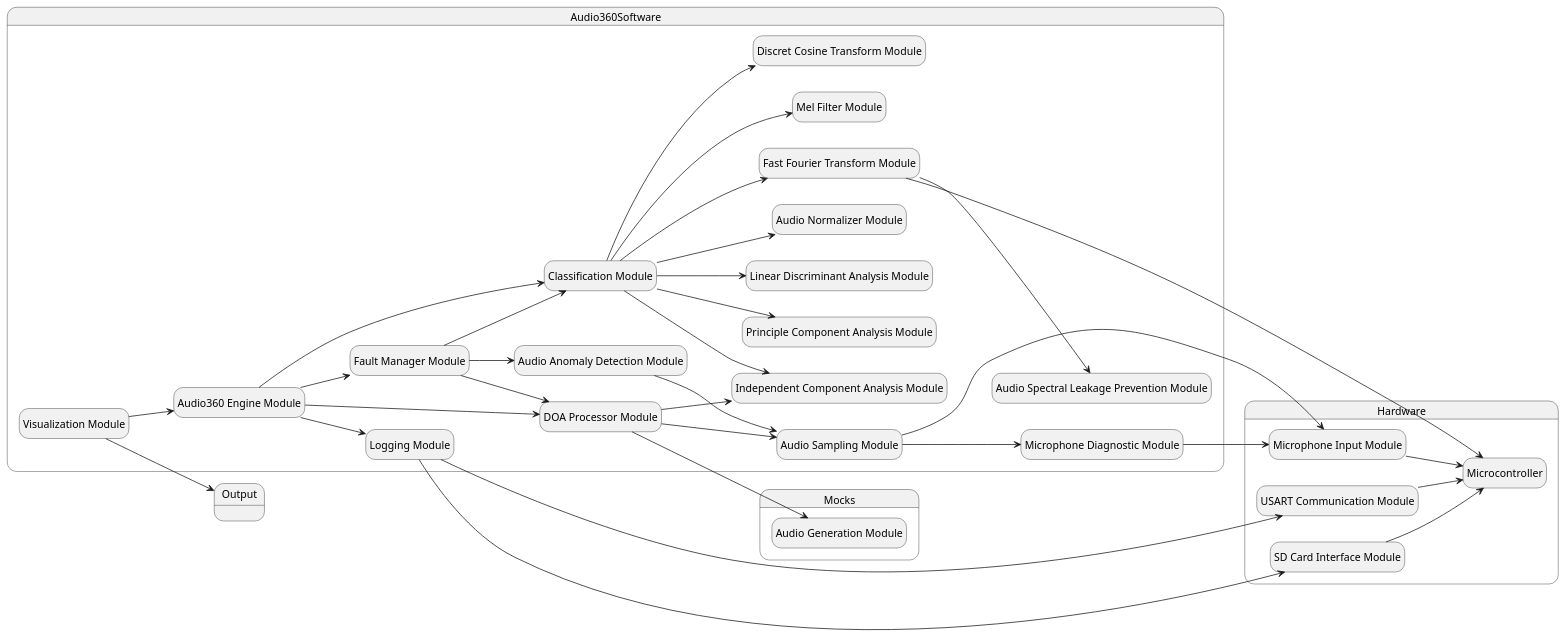
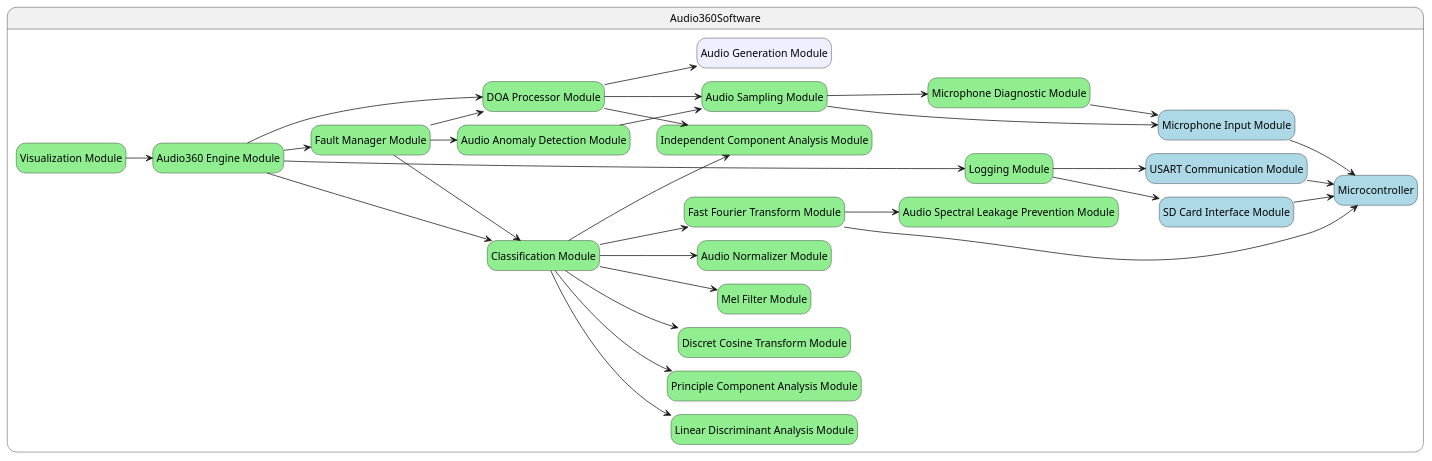
The diagram in docs/Design/SoftArchitecture/diagrams/uses_hierarchy.puml (Team6-SixSense/audio360), drawn with PlantUML before and after one commit. The commit also changed 2 other files, not shown here.

```diff
--- a/docs/Design/SoftArchitecture/diagrams/uses_hierarchy.puml
+++ b/docs/Design/SoftArchitecture/diagrams/uses_hierarchy.puml
@@ -1,73 +1,68 @@
 @startuml Uses Hierarchy
 hide empty description
 left to right direction
 
-state Hardware {
-    state Microcontroller
-    state "Microphone Input Module" as micInput
-    state "USART Communication Module" as usart
-    state "SD Card Interface Module" as sd
-    
-    micInput --> Microcontroller
-    usart --> Microcontroller
-    sd --> Microcontroller
-}
+state Audio360Software {
+    ' Hardware Modules
+    state Microcontroller #lightblue
+    state "Microphone Input Module" as micInput #lightblue
+    state "USART Communication Module" as usart #lightblue
+    state "SD Card Interface Module" as sd #lightblue
 
-state Mocks {
-    state "Audio Generation Module" as AudioGen
-}
 
-state Output {
+    ' Software Modules
+    state "Microphone Diagnostic Module" as MicDiag #lightgreen
+    state "DOA Processor Module" as DOA #lightgreen
+    state "Audio360 Engine Module" as Audio360Eng #lightgreen
+    state "Audio Sampling Module" as AudioSampling #lightgreen
+    state "Audio Spectral Leakage Prevention Module" as SpectralLeakage #lightgreen
+    state "Audio Normalizer Module" as AudioNormalize #lightgreen
+    state "Audio Anomaly Detection Module" as AudioAnomaly #lightgreen
+    state "Logging Module" as Logging #lightgreen
+    state "Fast Fourier Transform Module" as fft #lightgreen
+    state "Fault Manager Module" as FaultManager #lightgreen
+    state "Mel Filter Module" as Mel #lightgreen
+    state "Discret Cosine Transform Module" as DisreteCos #lightgreen
+    state "Principle Component Analysis Module" as PCA #lightgreen
+    state "Linear Discriminant Analysis Module" as LDA #lightgreen
+    state "Classification Module" as Classification #lightgreen
+    state "Independent Component Analysis Module" as ICA #lightgreen
+    state "Visualization Module" as Viz #lightgreen
 
-}
-
-state Audio360Software {
-    state "Microphone Diagnostic Module" as MicDiag
-    state "DOA Processor Module" as DOA
-    state "Audio360 Engine Module" as Audio360Eng
-    state "Audio Sampling Module" as AudioSampling
-    state "Audio Spectral Leakage Prevention Module" as SpectralLeakage
-    state "Audio Normalizer Module" as AudioNormalize
-    state "Audio Anomaly Detection Module" as AudioAnomaly
-    state "Logging Module" as Logging
-    state "Fast Fourier Transform Module" as fft
-    state "Fault Manager Module" as FaultManager
-    state "Mel Filter Module" as Mel
-    state "Discret Cosine Transform Module" as DisreteCos
-    state "Principle Component Analysis Module" as PCA
-    state "Linear Discriminant Analysis Module" as LDA
-    state "Classification Module" as Classification
-    state "Independent Component Analysis Module" as ICA
-    state "Visualization Module" as Viz
+    ' Mocks
+    state "Audio Generation Module" as AudioGen #MOTIVATION
 
     DOA --> AudioGen
     MicDiag --> micInput
     fft --> Microcontroller
     fft --> SpectralLeakage
 
     DOA --> AudioSampling
     DOA --> ICA
     Audio360Eng --> FaultManager
     Audio360Eng --> DOA
     Audio360Eng --> Classification
     Audio360Eng --> Logging
     AudioSampling --> micInput
     AudioSampling --> MicDiag
     AudioAnomaly --> AudioSampling
     Logging --> usart
     Logging --> sd
     FaultManager --> DOA
     FaultManager --> AudioAnomaly
     FaultManager --> Classification
     Classification --> AudioNormalize
     Classification --> Mel
     Classification --> DisreteCos
     Classification --> PCA
     Classification --> LDA
     Classification --> fft
     Classification --> ICA
     Viz --> Audio360Eng
-    Viz --> Output
+
+    micInput --> Microcontroller
+    usart --> Microcontroller
+    sd --> Microcontroller
 }
 
 @enduml
```
